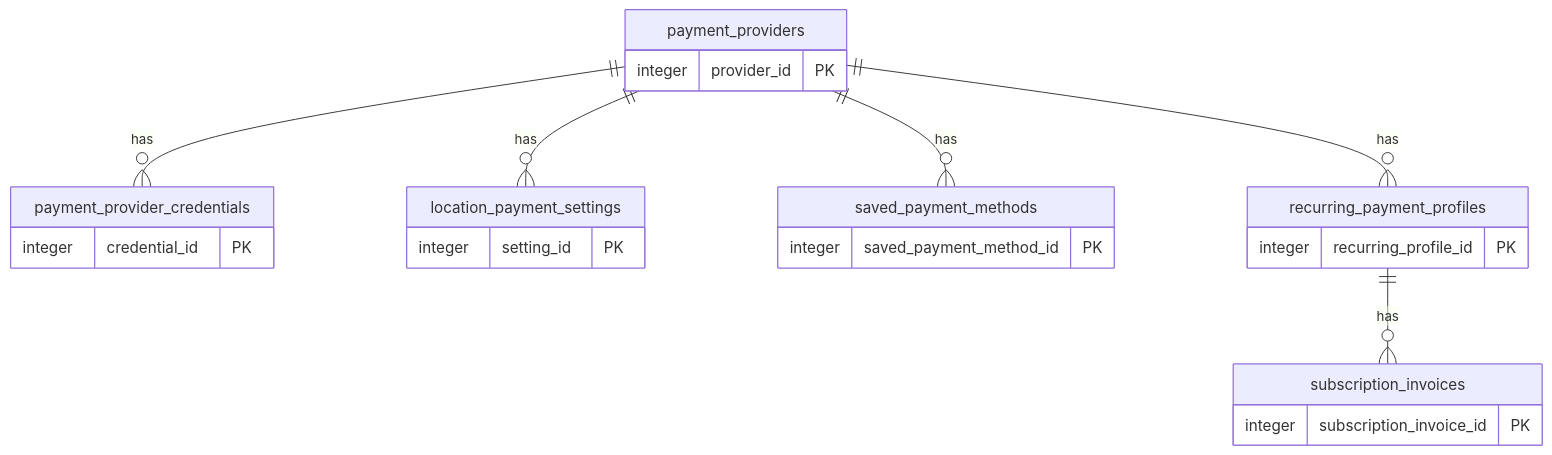
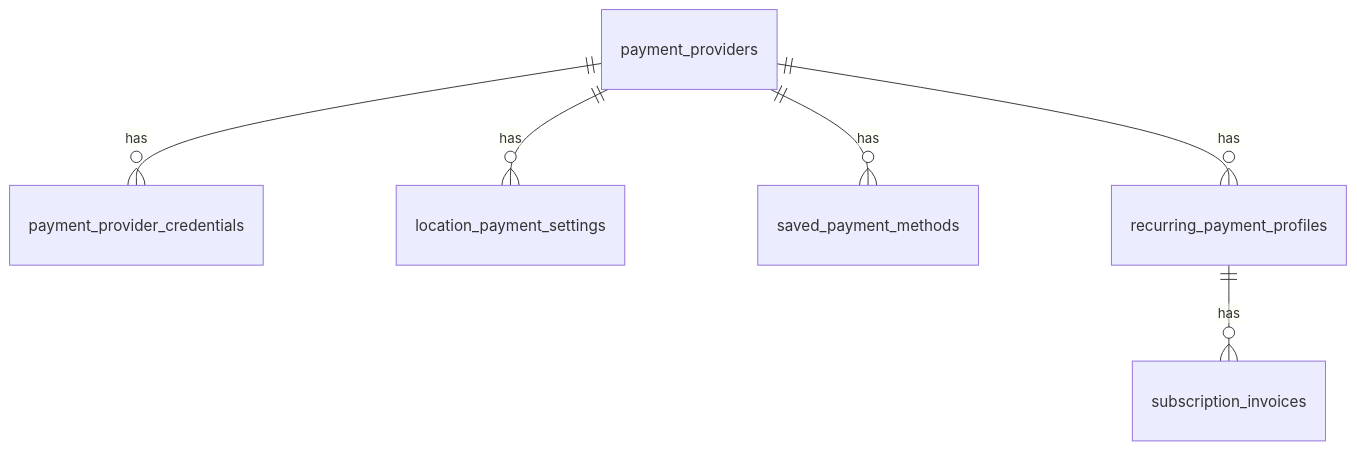
The fourth of 8 diagrams in Mermaid_Diagrams.md (Saksham-Gupta-GH/ER-Diagram), drawn with Mermaid before and after one commit. The commit also changed other lines of this file, not shown here.

Commit message:
fix: remove columns from Mermaid diagrams to prevent GitHub timeout

````diff
--- a/Mermaid_Diagrams.md
+++ b/Mermaid_Diagrams.md
@@ -229,26 +131,8 @@
 ```mermaid
 erDiagram
   payment_providers ||--o{ payment_provider_credentials : "has"
   payment_providers ||--o{ location_payment_settings : "has"
   payment_providers ||--o{ saved_payment_methods : "has"
   payment_providers ||--o{ recurring_payment_profiles : "has"
   recurring_payment_profiles ||--o{ subscription_invoices : "has"
-  payment_provider_credentials {
-    integer credential_id PK
-  }
-  payment_providers {
-    integer provider_id PK
-  }
-  location_payment_settings {
-    integer setting_id PK
-  }
-  saved_payment_methods {
-    integer saved_payment_method_id PK
-  }
-  recurring_payment_profiles {
-    integer recurring_profile_id PK
-  }
-  subscription_invoices {
-    integer subscription_invoice_id PK
-  }
 ```
````
